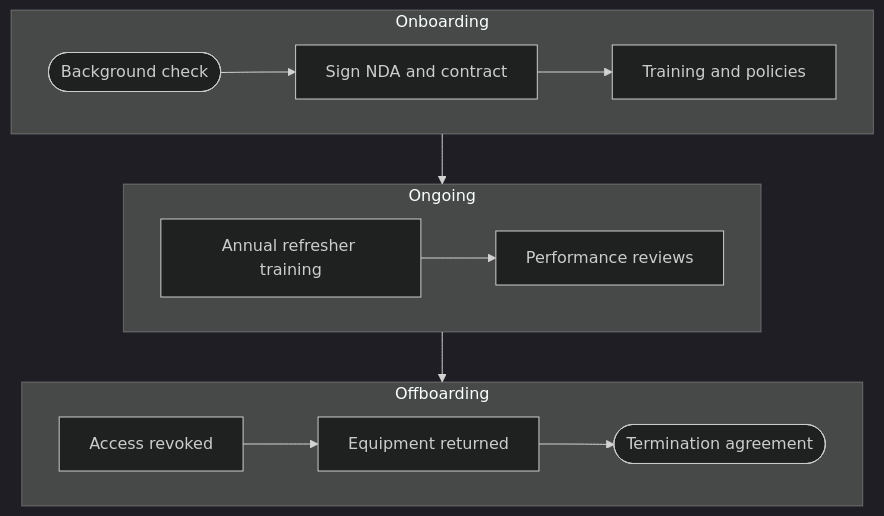
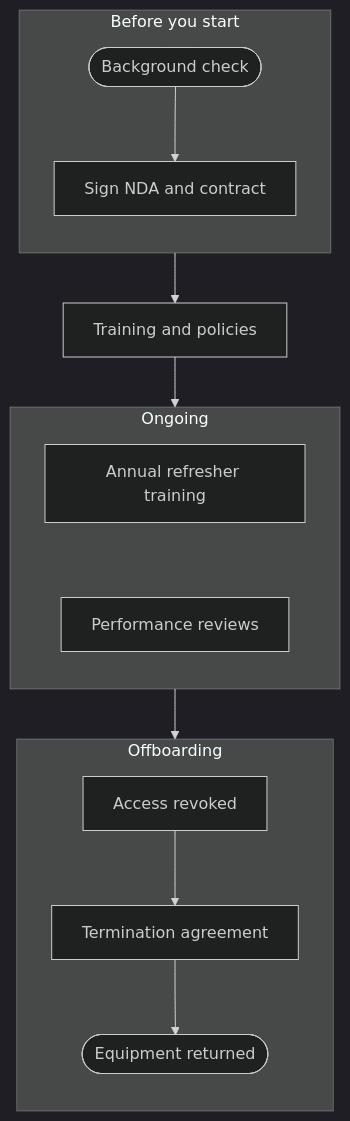
Before and after one commit to ultralytics/handbook: the first of 2 diagrams in docs/en/security/employee-security-compliance-requirements.md, drawn with Mermaid (dark theme). The commit also changed other lines of this file and 8 other files, not shown here.

First line of the commit message:
Address review findings and tune diagrams for the dagre layout

````diff
--- a/docs/en/security/employee-security-compliance-requirements.md
+++ b/docs/en/security/employee-security-compliance-requirements.md
@@ -13,16 +13,19 @@
 ```mermaid
 flowchart TD
-    subgraph onboarding["Onboarding"]
+    subgraph start["Before you start"]
+        direction TB
         A([Background check]) --> B[Sign NDA and contract]
-        B --> C[Training and policies]
     end
+    B --> C[Training and policies]
     subgraph ongoing["Ongoing"]
-        D[Annual refresher training] --> E[Performance reviews]
+        direction TB
+        D[Annual refresher training] ~~~ E[Performance reviews]
     end
+    C --> ongoing
     subgraph offboarding["Offboarding"]
-        F[Access revoked] --> G[Equipment returned]
-        G --> H([Termination agreement])
+        direction TB
+        F[Access revoked] --> G[Termination agreement]
+        G --> H([Equipment returned])
     end
-    onboarding --> ongoing
     ongoing --> offboarding
 ```
````
